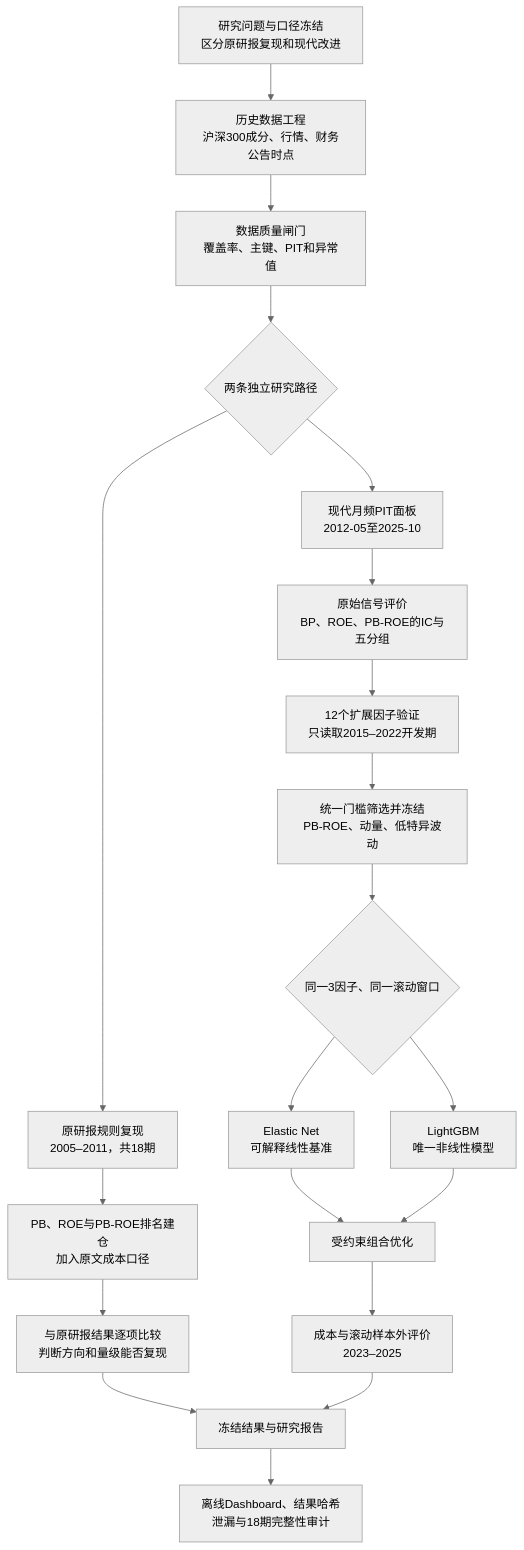
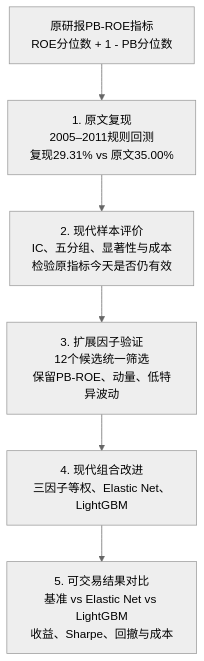
Before and after one commit to yeyeyuan23/factor-research: the diagram in docs/final_research_report.md, drawn with Mermaid (neutral theme). The commit also changed other lines of this file and 1 other file, not shown here.

Commit message:
docs(report): focus workflow on PB-ROE research logic

````diff
--- a/docs/final_research_report.md
+++ b/docs/final_research_report.md
@@ -5,25 +5,11 @@
 ```mermaid
 flowchart TD
-    A[研究问题与口径冻结<br/>区分原研报复现和现代改进] --> B[历史数据工程<br/>沪深300成分、行情、财务公告时点]
-    B --> C[数据质量闸门<br/>覆盖率、主键、PIT和异常值]
-    C --> D{两条独立研究路径}
+    A[原研报PB-ROE指标<br/>ROE分位数 + 1 - PB分位数]
+    B[1. 原文复现<br/>2005–2011规则回测<br/>复现29.31% vs 原文35.00%]
+    C[2. 现代样本评价<br/>IC、五分组、显著性与成本<br/>检验原指标今天是否仍有效]
+    D[3. 扩展因子验证<br/>12个候选统一筛选<br/>保留PB-ROE、动量、低特异波动]
+    E[4. 现代组合改进<br/>三因子等权、Elastic Net、LightGBM]
+    F[5. 可交易结果对比<br/>基准 vs Elastic Net vs LightGBM<br/>收益、Sharpe、回撤与成本]
 
-    D --> E[原研报规则复现<br/>2005–2011，共18期]
-    E --> F[PB、ROE与PB-ROE排名建仓<br/>加入原文成本口径]
-    F --> G[与原研报结果逐项比较<br/>判断方向和量级能否复现]
-
-    D --> H[现代月频PIT面板<br/>2012-05至2025-10]
-    H --> I[原始信号评价<br/>BP、ROE、PB-ROE的IC与五分组]
-    I --> J[12个扩展因子验证<br/>只读取2015–2022开发期]
-    J --> K[统一门槛筛选并冻结<br/>PB-ROE、动量、低特异波动]
-    K --> L{同一3因子、同一滚动窗口}
-    L --> M[Elastic Net<br/>可解释线性基准]
-    L --> N[LightGBM<br/>唯一非线性模型]
-    M --> O[受约束组合优化]
-    N --> O
-    O --> P[成本与滚动样本外评价<br/>2023–2025]
-
-    G --> Q[冻结结果与研究报告]
-    P --> Q
-    Q --> R[离线Dashboard、结果哈希<br/>泄漏与18期完整性审计]
+    A --> B --> C --> D --> E --> F
 ```
````
